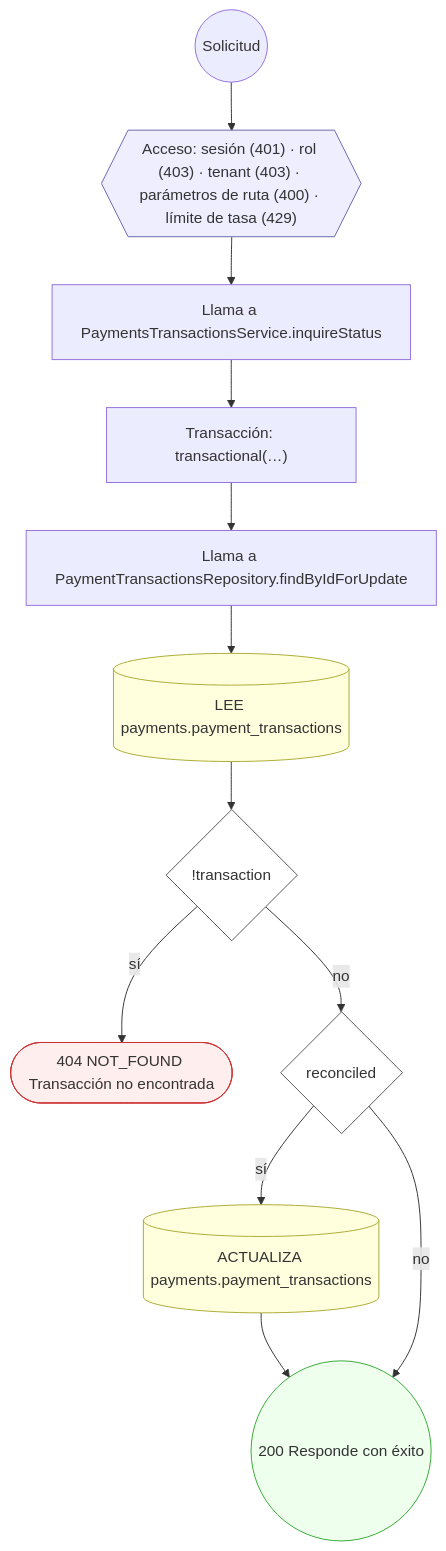
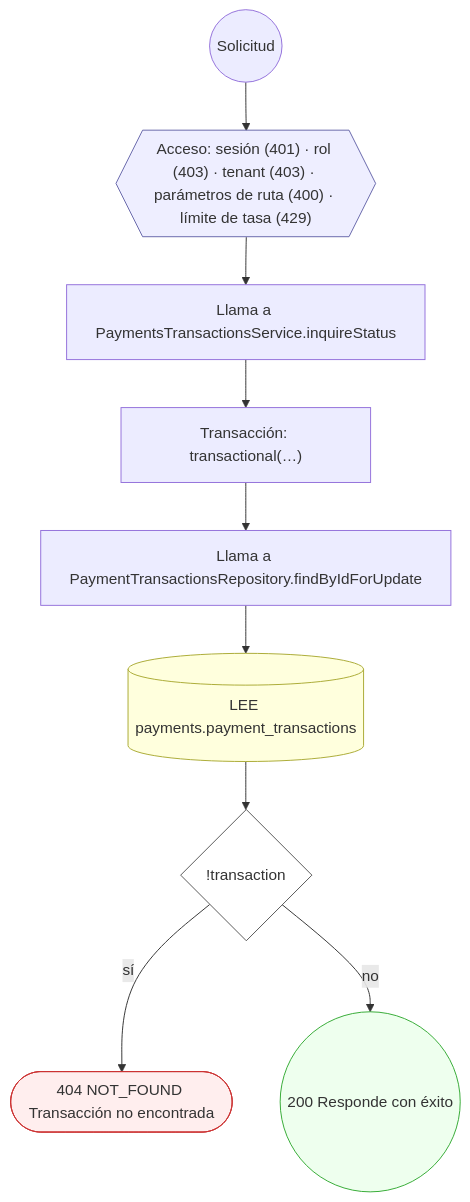
One commit to mdavila-2001/mantra-core-health-api changed diagram 15 of 15 in docs/inventario/flujos/payments.md. Above: the diagram before and after it, drawn with Mermaid. The commit also changed other lines of this file and 451 other files, not shown here.

````diff
--- a/docs/inventario/flujos/payments.md
+++ b/docs/inventario/flujos/payments.md
@@ -908,31 +983,26 @@
 ```mermaid
 flowchart TD
   n1(("Solicitud")):::inicio
   n2{{"Acceso: sesión (401) · rol (403) · tenant (403) · parámetros de ruta (400) · límite de tasa (429)"}}:::acceso
   n1 --> n2
   n3["Llama a PaymentsTransactionsService.inquireStatus"]:::llamada
   n2 --> n3
   n4["Transacción: transactional(…)"]:::transaccion
   n3 --> n4
   n5["Llama a PaymentTransactionsRepository.findByIdForUpdate"]:::llamada
   n4 --> n5
   n6[("LEE payments.payment_transactions")]:::efecto
   n5 --> n6
   n7{"!transaction"}:::decision
   n6 --> n7
   n8(["404 NOT_FOUND Transacción no encontrada"]):::error
   n7 -->|"sí"| n8
-  n9{"reconciled"}:::decision
+  n9(("200 Responde con éxito")):::ok
   n7 -->|"no"| n9
-  n10[("ACTUALIZA payments.payment_transactions")]:::efecto
-  n9 -->|"sí"| n10
-  n11(("200 Responde con éxito")):::ok
-  n10 --> n11
-  n9 -->|"no"| n11
   classDef acceso fill:#eef,stroke:#66a
   classDef error fill:#fee,stroke:#c33
   classDef ok fill:#efe,stroke:#3a3
   classDef efecto fill:#ffd,stroke:#aa3
   classDef decision fill:#fff,stroke:#555
   classDef corte fill:#eee,stroke:#999,stroke-dasharray: 4
 ```
````
